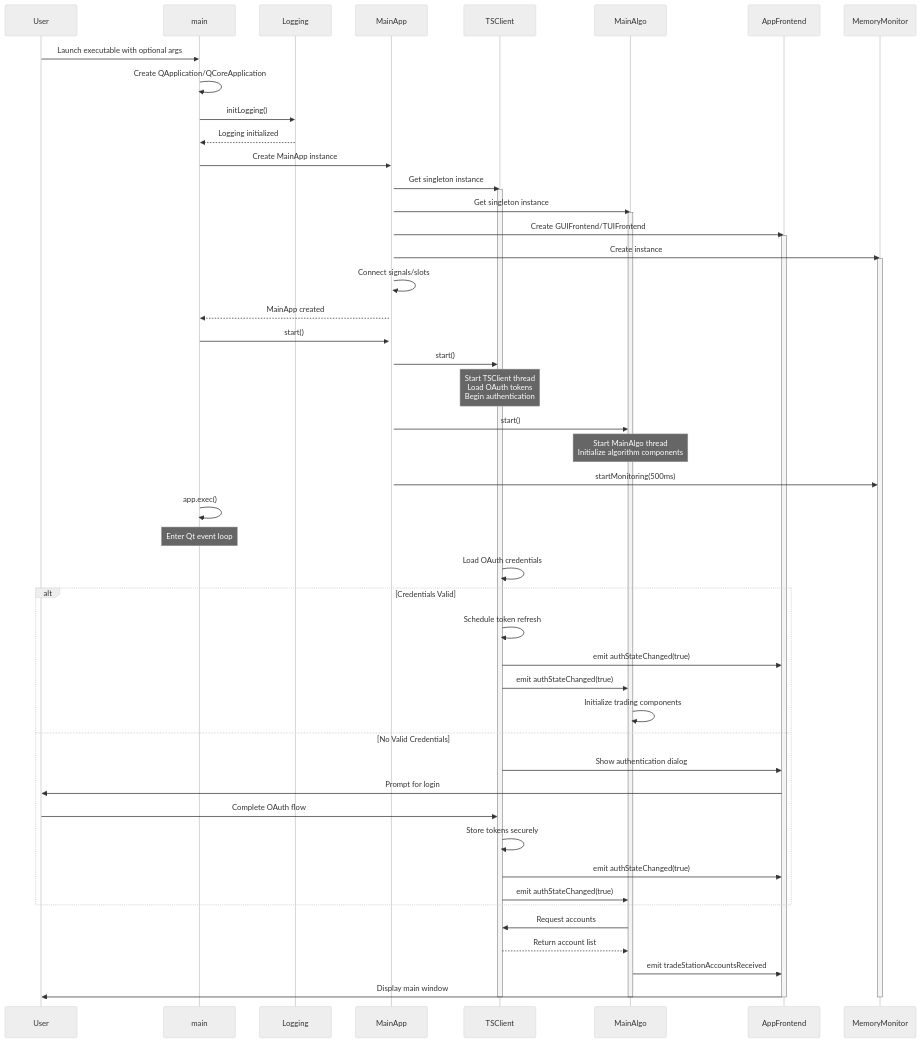
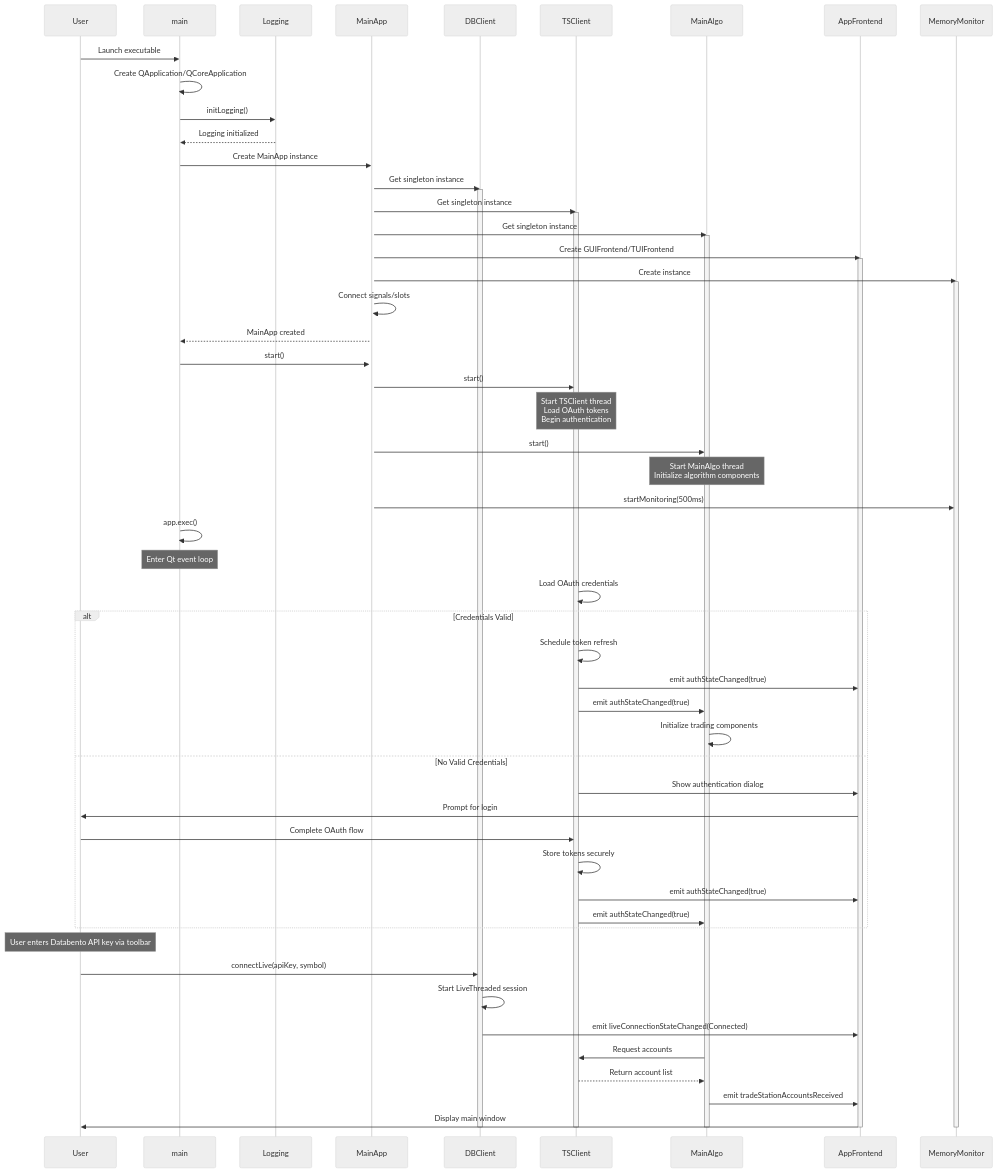
One commit to simonbeaudoin0935/OpenTraderPlatform changed the second of 6 diagrams in Doc/ARCHITECTURE.md. Above: the diagram before and after it, drawn with Mermaid (neutral theme). The commit also changed other lines of this file and 8 other files, not shown here.

````diff
--- a/Doc/ARCHITECTURE.md
+++ b/Doc/ARCHITECTURE.md
@@ -96,70 +109,79 @@
 ```mermaid
 sequenceDiagram
     participant User
     participant main
     participant Logging
     participant MainApp
+    participant DBClient
     participant TSClient
     participant MainAlgo
     participant AppFrontend
     participant MemoryMonitor
 
-    User->>main: Launch executable with optional args
+    User->>main: Launch executable
     main->>main: Create QApplication/QCoreApplication
     main->>Logging: initLogging()
     Logging-->>main: Logging initialized
-    
+
     main->>MainApp: Create MainApp instance
     activate MainApp
-    
+
+    MainApp->>DBClient: Get singleton instance
+    activate DBClient
     MainApp->>TSClient: Get singleton instance
     activate TSClient
     MainApp->>MainAlgo: Get singleton instance
     activate MainAlgo
     MainApp->>AppFrontend: Create GUIFrontend/TUIFrontend
     activate AppFrontend
     MainApp->>MemoryMonitor: Create instance
     activate MemoryMonitor
-    
+
     MainApp->>MainApp: Connect signals/slots
     MainApp-->>main: MainApp created
-    
+
     main->>MainApp: start()
     MainApp->>TSClient: start()
     Note over TSClient: Start TSClient thread<br/>Load OAuth tokens<br/>Begin authentication
-    
+
     MainApp->>MainAlgo: start()
     Note over MainAlgo: Start MainAlgo thread<br/>Initialize algorithm components
-    
+
     MainApp->>MemoryMonitor: startMonitoring(500ms)
-    
+
     main->>main: app.exec()
     Note over main: Enter Qt event loop
-    
+
     TSClient->>TSClient: Load OAuth credentials
-    
+
     alt Credentials Valid
         TSClient->>TSClient: Schedule token refresh
         TSClient->>AppFrontend: emit authStateChanged(true)
         TSClient->>MainAlgo: emit authStateChanged(true)
         MainAlgo->>MainAlgo: Initialize trading components
     else No Valid Credentials
         TSClient->>AppFrontend: Show authentication dialog
         AppFrontend->>User: Prompt for login
         User->>TSClient: Complete OAuth flow
         TSClient->>TSClient: Store tokens securely
         TSClient->>AppFrontend: emit authStateChanged(true)
         TSClient->>MainAlgo: emit authStateChanged(true)
     end
-    
+
+    Note over User: User enters Databento API key via toolbar
+    User->>DBClient: connectLive(apiKey, symbol)
+    DBClient->>DBClient: Start LiveThreaded session
+    DBClient->>AppFrontend: emit liveConnectionStateChanged(Connected)
+
     MainAlgo->>TSClient: Request accounts
     TSClient-->>MainAlgo: Return account list
     MainAlgo->>AppFrontend: emit tradeStationAccountsReceived
-    
+
     AppFrontend->>User: Display main window
-    
+
+    deactivate DBClient
     deactivate TSClient
     deactivate MainAlgo
     deactivate AppFrontend
     deactivate MemoryMonitor
 ```
````
